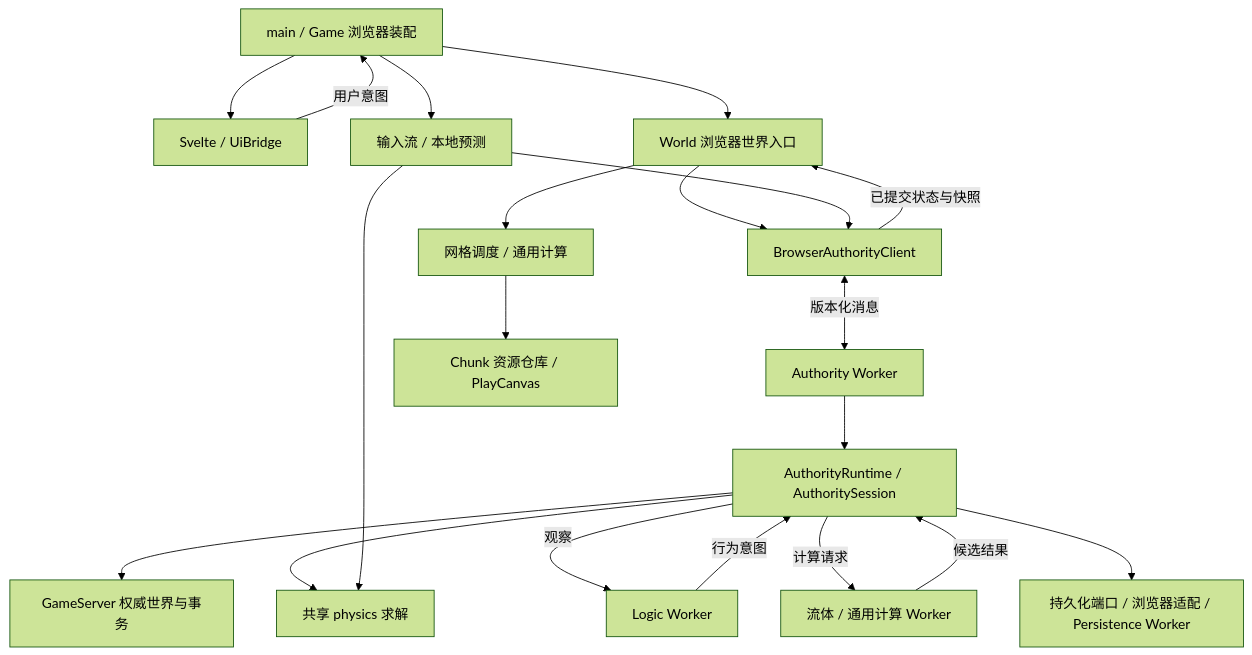
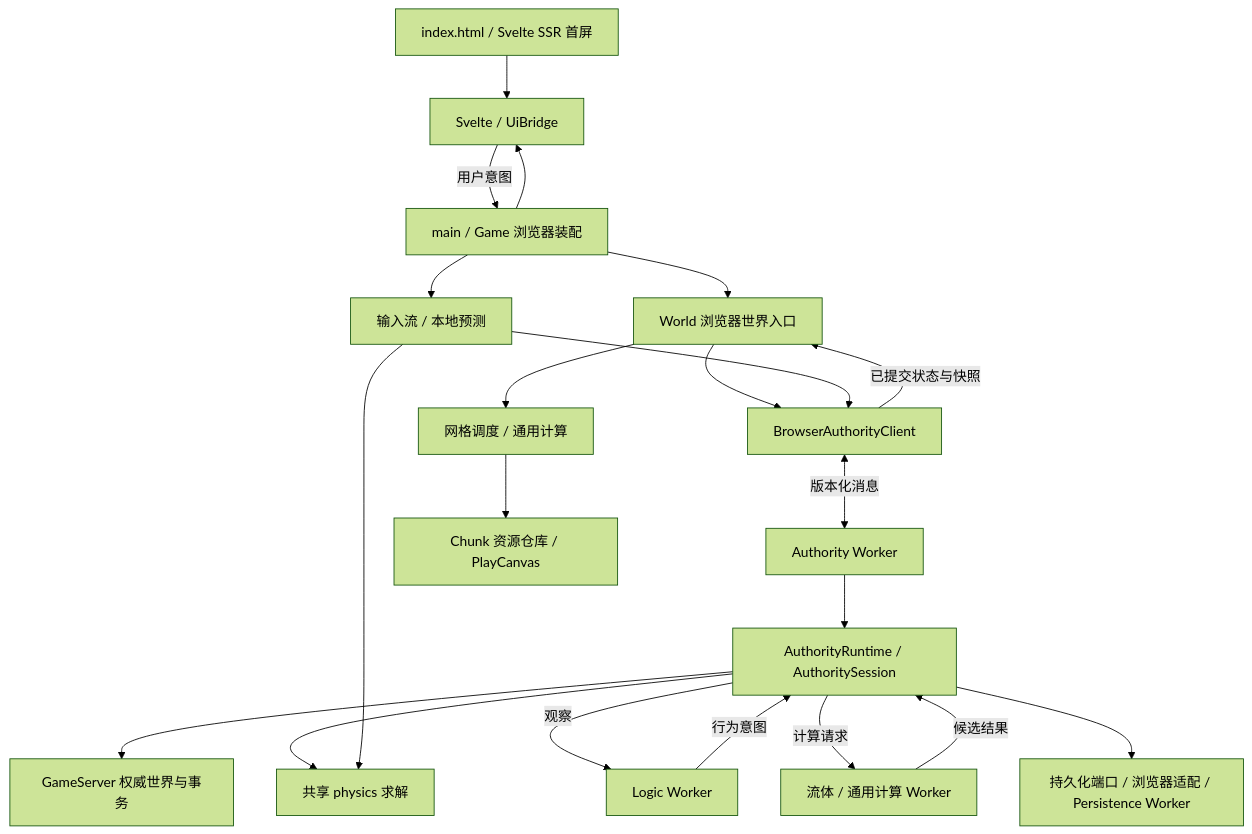
Before and after one commit to seedlands-game/seedlands-web-sandbox: the diagram in docs/code-map.md, drawn with Mermaid (forest theme). The commit also changed other lines of this file and 45 other files, not shown here.

````diff
--- a/docs/code-map.md
+++ b/docs/code-map.md
@@ -68,22 +70,23 @@
 ```mermaid
 flowchart TD
+  HTML[index.html / Svelte SSR 首屏] --> UI
   Main[main / Game 浏览器装配] --> UI[Svelte / UiBridge]
   UI -->|用户意图| Main
   Main --> World[World 浏览器世界入口]
   Main --> Input[输入流 / 本地预测]
   World --> Client[BrowserAuthorityClient]
   Input --> Client
   Client <-->|版本化消息| AW[Authority Worker]
   AW --> AR[AuthorityRuntime / AuthoritySession]
   AR --> GS[GameServer 权威世界与事务]
   AR --> Physics[共享 physics 求解]
   Input --> Physics
   AR -->|观察| Logic[Logic Worker]
   Logic -->|行为意图| AR
   AR -->|计算请求| Compute[流体 / 通用计算 Worker]
   Compute -->|候选结果| AR
   Client -->|已提交状态与快照| World
   World --> Mesh[网格调度 / 通用计算]
   Mesh --> GPU[Chunk 资源仓库 / PlayCanvas]
   AR --> Save[持久化端口 / 浏览器适配 / Persistence Worker]
 ```
````
